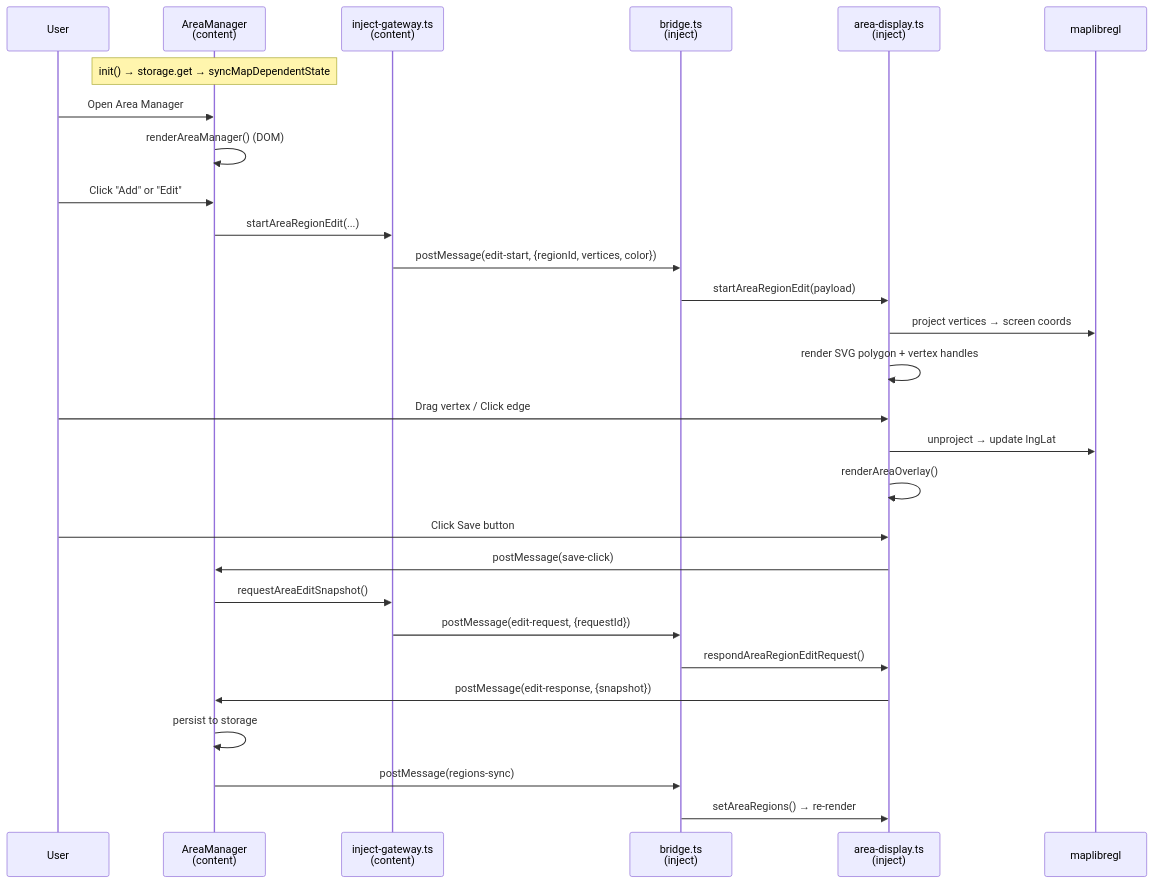
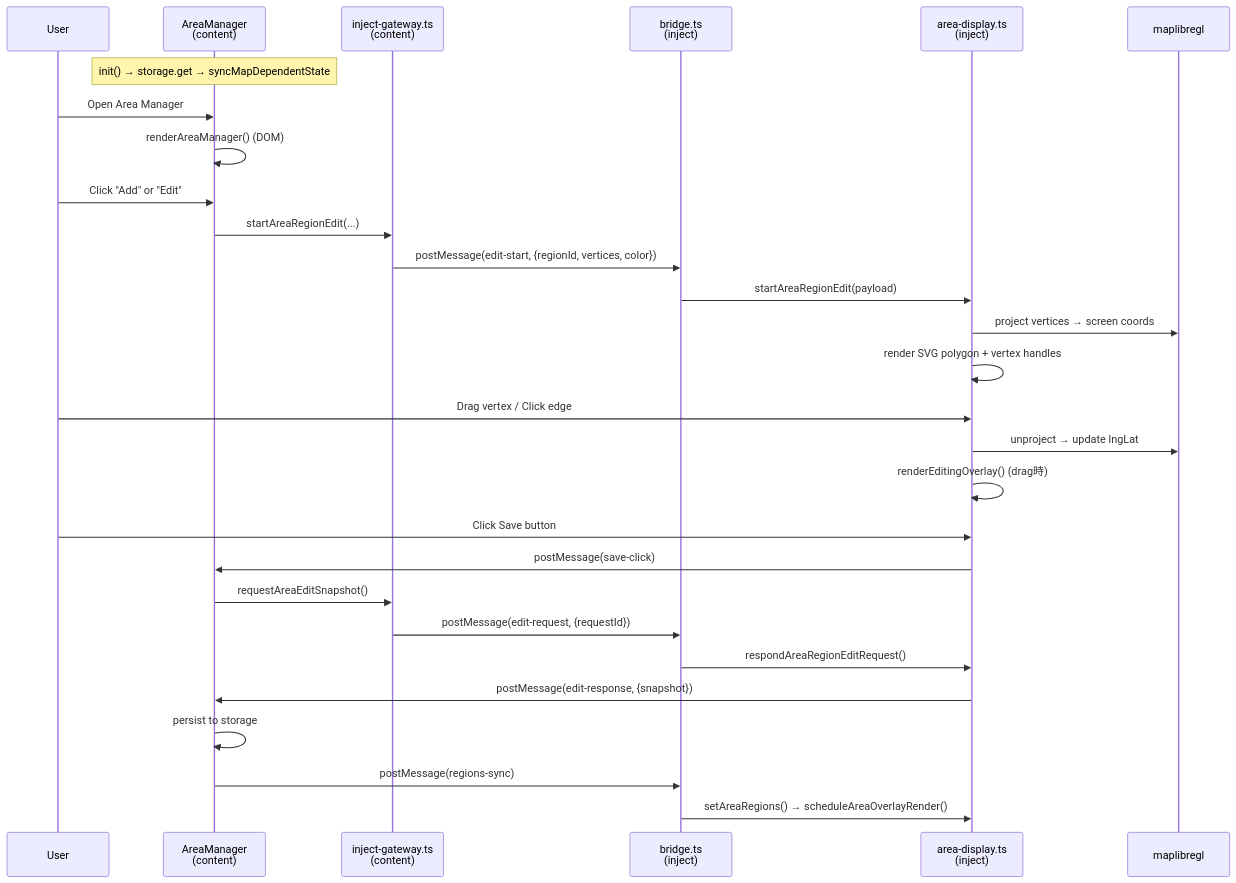
The second of 2 diagrams in .claude/skills/area-coding/SKILL.md (C20-40A/mr-wplace), drawn with Mermaid before and after one commit. The commit also changed other lines of this file and 1 other file, not shown here.

Commit message:
perf(area-display): throttle overlay rendering with rAF and split edit/static render paths

````diff
--- a/.claude/skills/area-coding/SKILL.md
+++ b/.claude/skills/area-coding/SKILL.md
@@ -285,35 +299,35 @@
 ```mermaid
 sequenceDiagram
     participant User
     participant AM as AreaManager<br/>(content)
     participant GW as inject-gateway.ts<br/>(content)
     participant Bridge as bridge.ts<br/>(inject)
     participant AD as area-display.ts<br/>(inject)
     participant Map as maplibregl
 
     Note over AM: init() → storage.get → syncMapDependentState
 
     User->>AM: Open Area Manager
     AM->>AM: renderAreaManager() (DOM)
 
     User->>AM: Click "Add" or "Edit"
     AM->>GW: startAreaRegionEdit(...)
     GW->>Bridge: postMessage(edit-start, {regionId, vertices, color})
     Bridge->>AD: startAreaRegionEdit(payload)
     AD->>Map: project vertices → screen coords
     AD->>AD: render SVG polygon + vertex handles
 
     User->>AD: Drag vertex / Click edge
     AD->>Map: unproject → update lngLat
-    AD->>AD: renderAreaOverlay()
+    AD->>AD: renderEditingOverlay() (drag時)
 
     User->>AD: Click Save button
     AD->>AM: postMessage(save-click)
     AM->>GW: requestAreaEditSnapshot()
     GW->>Bridge: postMessage(edit-request, {requestId})
     Bridge->>AD: respondAreaRegionEditRequest()
     AD->>AM: postMessage(edit-response, {snapshot})
     AM->>AM: persist to storage
     AM->>Bridge: postMessage(regions-sync)
-    Bridge->>AD: setAreaRegions() → re-render
+    Bridge->>AD: setAreaRegions() → scheduleAreaOverlayRender()
 ```
````
